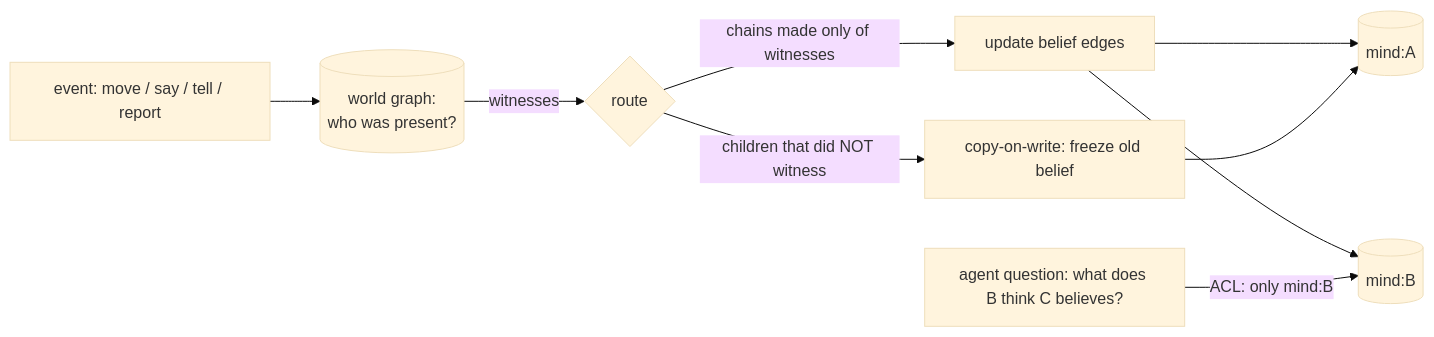
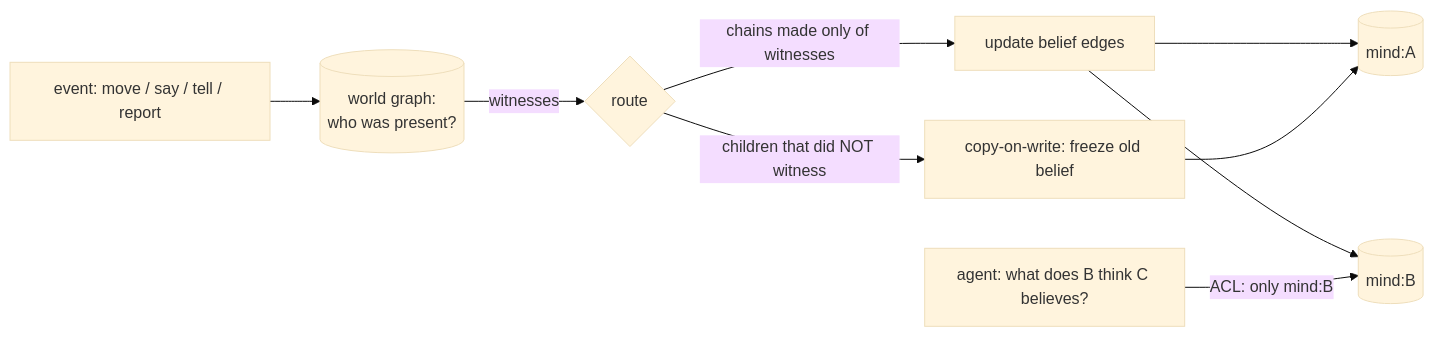
One commit to TusharTechs/secondorder changed the diagram in README.md. Above: the diagram before and after it, drawn with Mermaid (base theme). The commit also changed other lines of this file and 6 other files, not shown here.

````diff
--- a/README.md
+++ b/README.md
@@ -125,11 +197,11 @@
 ```mermaid
 flowchart LR
   E[event: move / say / tell / report] --> W[(world graph:<br/>who was present?)]
   W -->|witnesses| R{route}
   R -->|chains made only of witnesses| U[update belief edges]
   R -->|children that did NOT witness| C[copy-on-write: freeze old belief]
   U --> M1[(mind:A)]
   U --> M2[(mind:B)]
   C --> M1
-  Q[agent question: what does B think C believes?] -->|ACL: only mind:B| M2
+  Q[agent: what does B think C believes?] -->|ACL: only mind:B| M2
 ```
````
